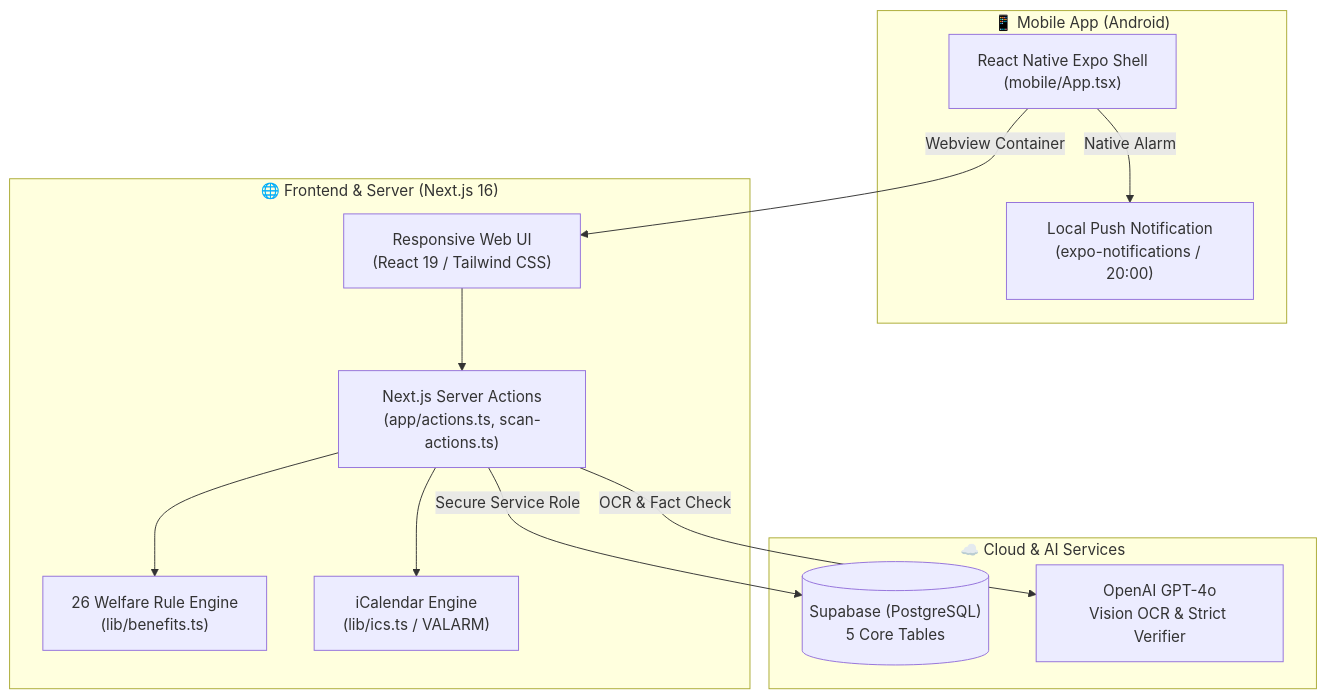
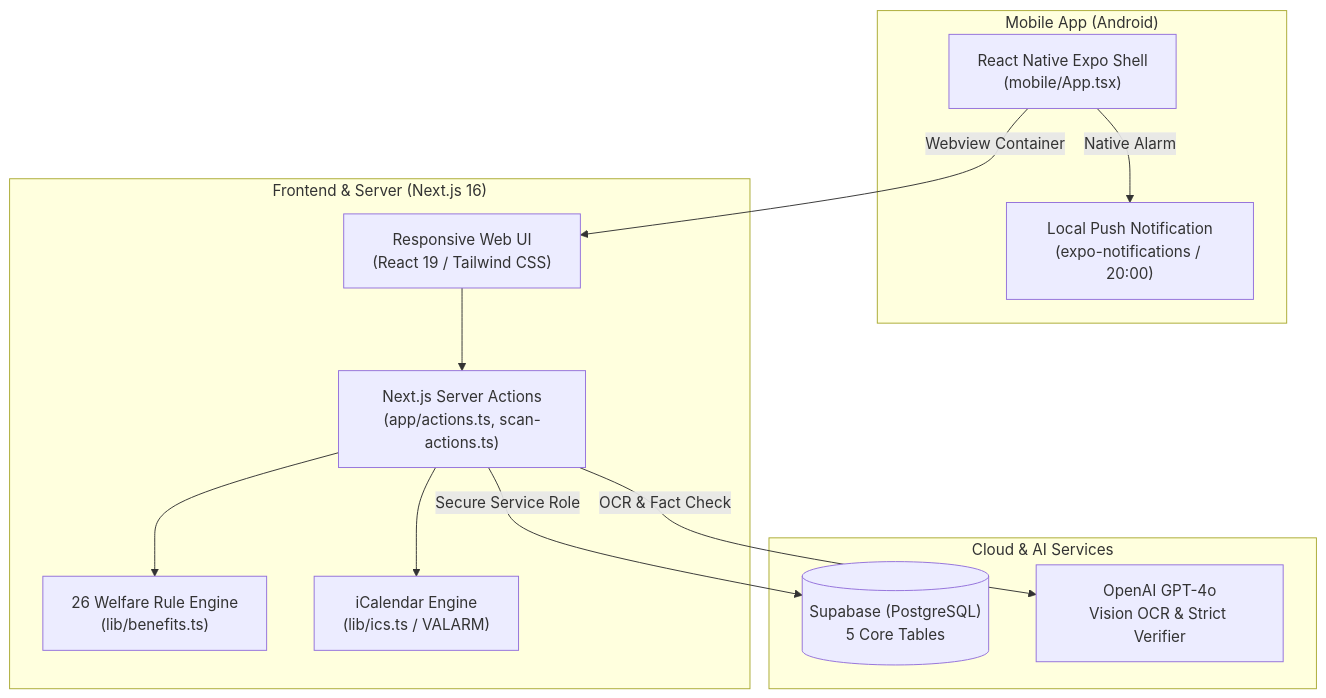
One commit to kwon-dohun/BraveCare changed the diagram in README.md. Above: the diagram before and after it, drawn with Mermaid. The commit also changed other lines of this file, not shown here.

````diff
--- a/README.md
+++ b/README.md
@@ -63,27 +62,27 @@
 ```mermaid
 flowchart TD
-    subgraph Mobile ["📱 Mobile App (Android)"]
+    subgraph Mobile ["Mobile App (Android)"]
         ExpoApp["React Native Expo Shell\n(mobile/App.tsx)"]
         PushNotification["Local Push Notification\n(expo-notifications / 20:00)"]
     end
 
-    subgraph Web ["🌐 Frontend & Server (Next.js 16)"]
+    subgraph Web ["Frontend & Server (Next.js 16)"]
         WebViewUI["Responsive Web UI\n(React 19 / Tailwind CSS)"]
         ServerActions["Next.js Server Actions\n(app/actions.ts, scan-actions.ts)"]
         WelfareEngine["26 Welfare Rule Engine\n(lib/benefits.ts)"]
         ICSGenerator["iCalendar Engine\n(lib/ics.ts / VALARM)"]
     end
 
-    subgraph External ["☁️ Cloud & AI Services"]
+    subgraph External ["Cloud & AI Services"]
         Supabase[("Supabase (PostgreSQL)\n5 Core Tables")]
         OpenAI["OpenAI GPT-4o\nVision OCR & Strict Verifier"]
     end
 
     ExpoApp -->|Webview Container| WebViewUI
     ExpoApp -->|Native Alarm| PushNotification
     WebViewUI --> ServerActions
     ServerActions --> WelfareEngine
     ServerActions --> ICSGenerator
     ServerActions -->|Secure Service Role| Supabase
     ServerActions -->|OCR & Fact Check| OpenAI
 ```
````
